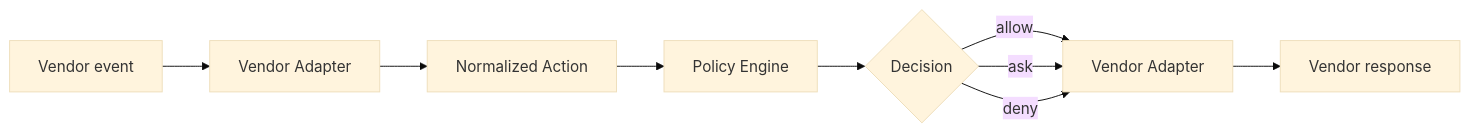
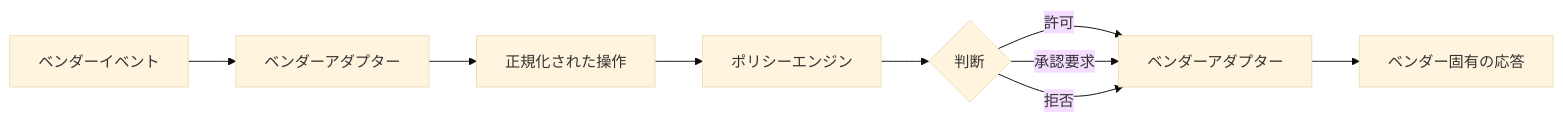
One commit to tomo-chan/agent-harness changed the diagram in docs/ja/05-product-mapping.md. Above: the diagram before and after it, drawn with Mermaid (base theme). The commit also changed other lines of this file and 14 other files, not shown here.

````diff
--- a/docs/ja/05-product-mapping.md
+++ b/docs/ja/05-product-mapping.md
@@ -44,11 +44,11 @@
 ```mermaid
 flowchart LR
-    V[Vendor event] --> A1[Vendor Adapter]
-    A1 --> N[Normalized Action]
-    N --> P[Policy Engine]
-    P --> D{Decision}
-    D -->|allow| A2[Vendor Adapter]
-    D -->|ask| A2
-    D -->|deny| A2
-    A2 --> R[Vendor response]
+    V[ベンダーイベント] --> A1[ベンダーアダプター]
+    A1 --> N[正規化された操作]
+    N --> P[ポリシーエンジン]
+    P --> D{判断}
+    D -->|許可| A2[ベンダーアダプター]
+    D -->|承認要求| A2
+    D -->|拒否| A2
+    A2 --> R[ベンダー固有の応答]
 ```
````
